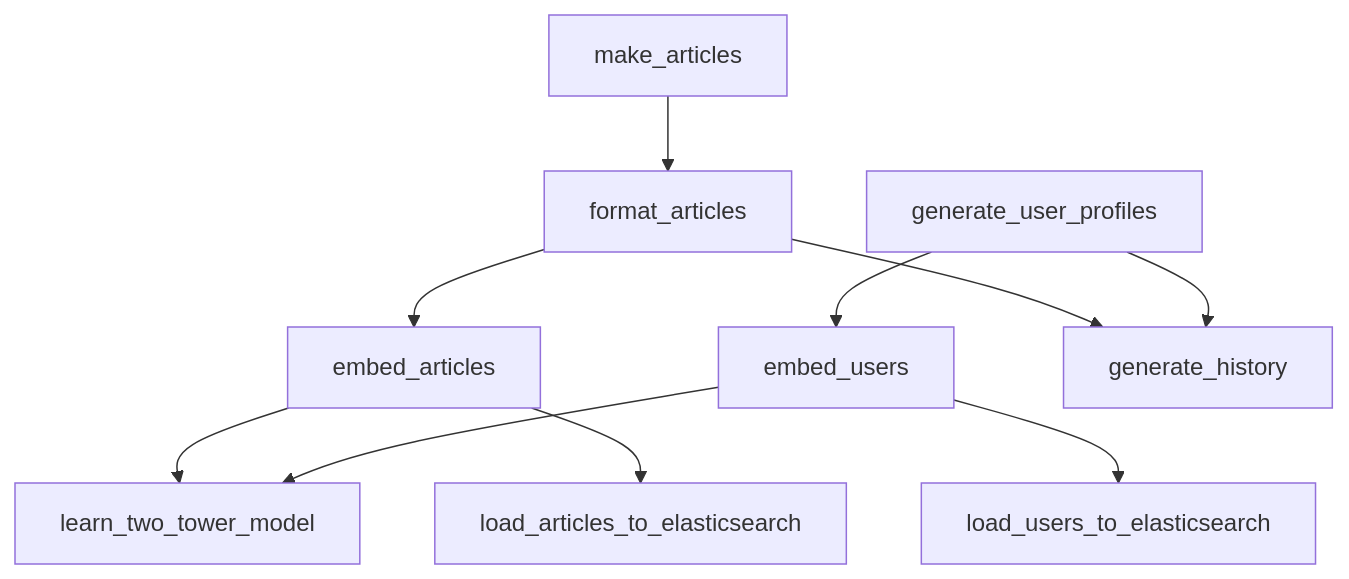
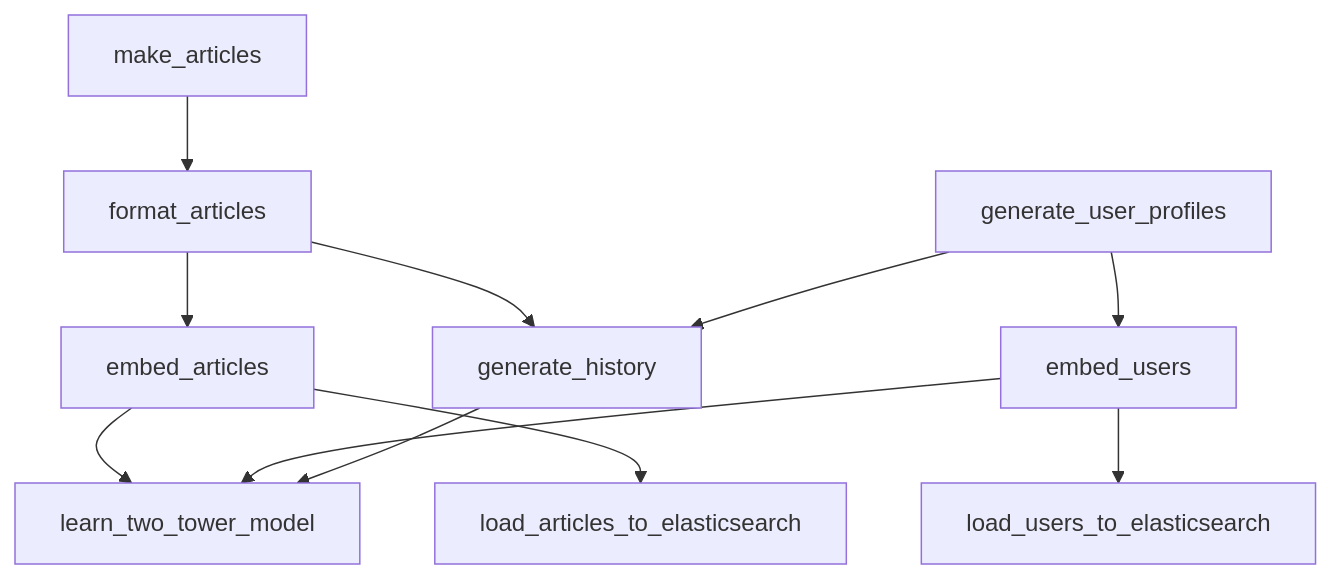
One commit to u-masao/hybrid-search-demo changed the diagram in PIPELINE.md. Above: the diagram before and after it, drawn with Mermaid.

Commit message:
dvc pipeline updated

````diff
--- a/PIPELINE.md
+++ b/PIPELINE.md
@@ -1,21 +1,22 @@
 ```mermaid
 flowchart TD
 	node1["embed_articles"]
 	node2["embed_users"]
 	node3["format_articles"]
 	node4["generate_history"]
 	node5["generate_user_profiles"]
 	node6["learn_two_tower_model"]
 	node7["load_articles_to_elasticsearch"]
 	node8["load_users_to_elasticsearch"]
 	node9["make_articles"]
 	node1-->node6
 	node1-->node7
 	node2-->node6
 	node2-->node8
 	node3-->node1
 	node3-->node4
+	node4-->node6
 	node5-->node2
 	node5-->node4
 	node9-->node3
 ```
````
